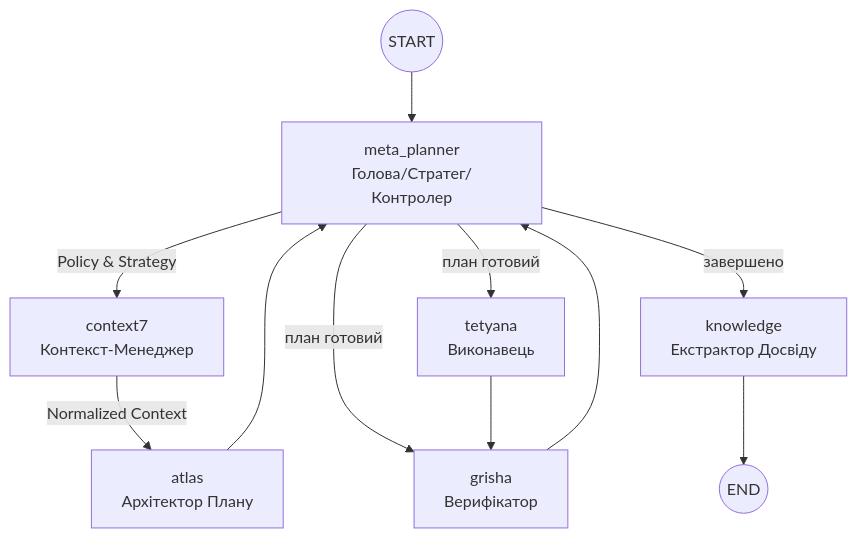
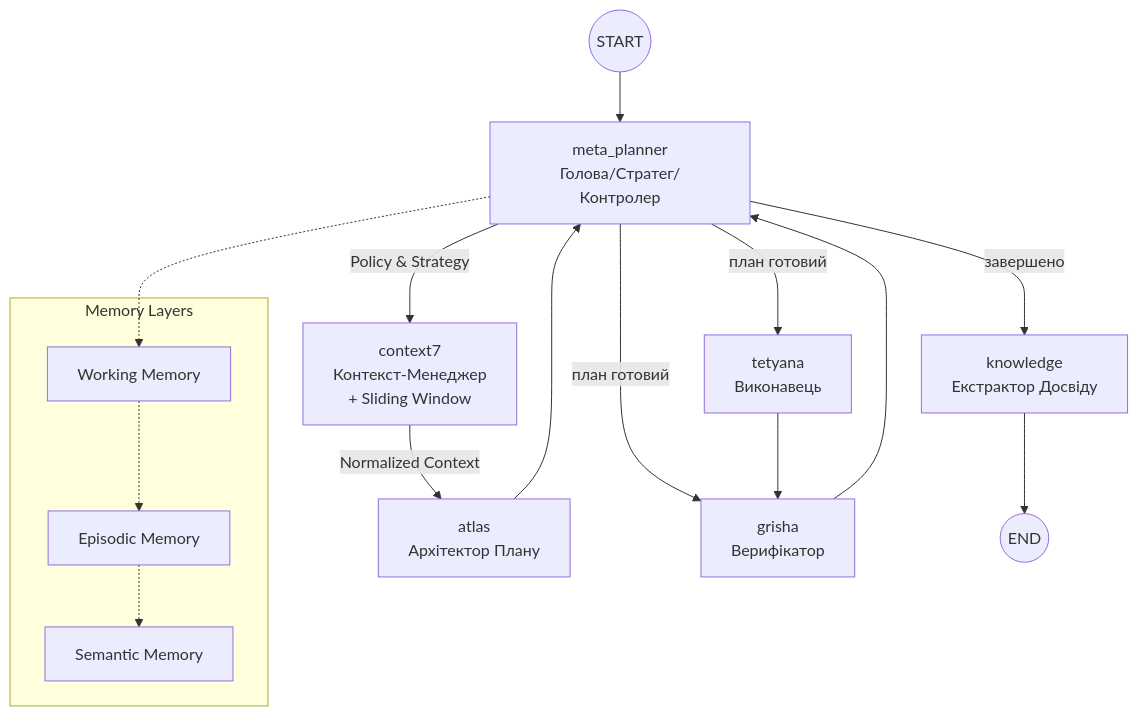
Before and after one commit to olegkizyma008-rgb/System: the diagram in .agent/workflows/atlas.md, drawn with Mermaid. The commit also changed other lines of this file and 2 other files, not shown here.

````diff
--- a/.agent/workflows/atlas.md
+++ b/.agent/workflows/atlas.md
@@ -33,13 +33,23 @@
 ```mermaid
 graph TD
     START((START)) --> MP[meta_planner<br/>Голова/Стратег/Контролер]
-    MP -->|Policy & Strategy| C7[context7<br/>Контекст-Менеджер]
+    MP -->|Policy & Strategy| C7[context7<br/>Контекст-Менеджер<br/>+ Sliding Window]
     C7 -->|Normalized Context| A[atlas<br/>Архітектор Плану]
     MP -->|план готовий| T[tetyana<br/>Виконавець]
     MP -->|план готовий| G[grisha<br/>Верифікатор]
     A --> MP
     T --> G
     G --> MP
     MP -->|завершено| K[knowledge<br/>Екстрактор Досвіду]
     K --> END((END))
+    
+    subgraph Memory Layers
+        WM[Working Memory]
+        EM[Episodic Memory]
+        SM[Semantic Memory]
+    end
+    
+    MP -.-> WM
+    WM -.-> EM
+    EM -.-> SM
 ```
````
